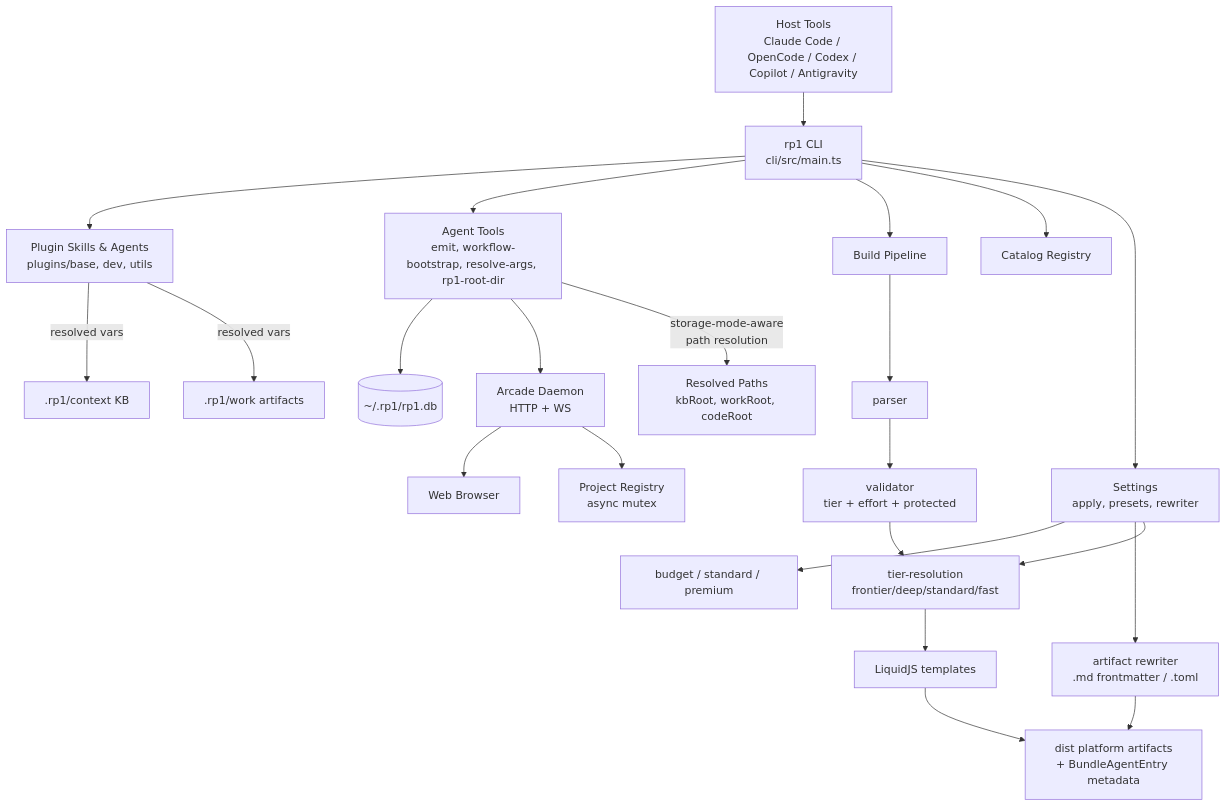
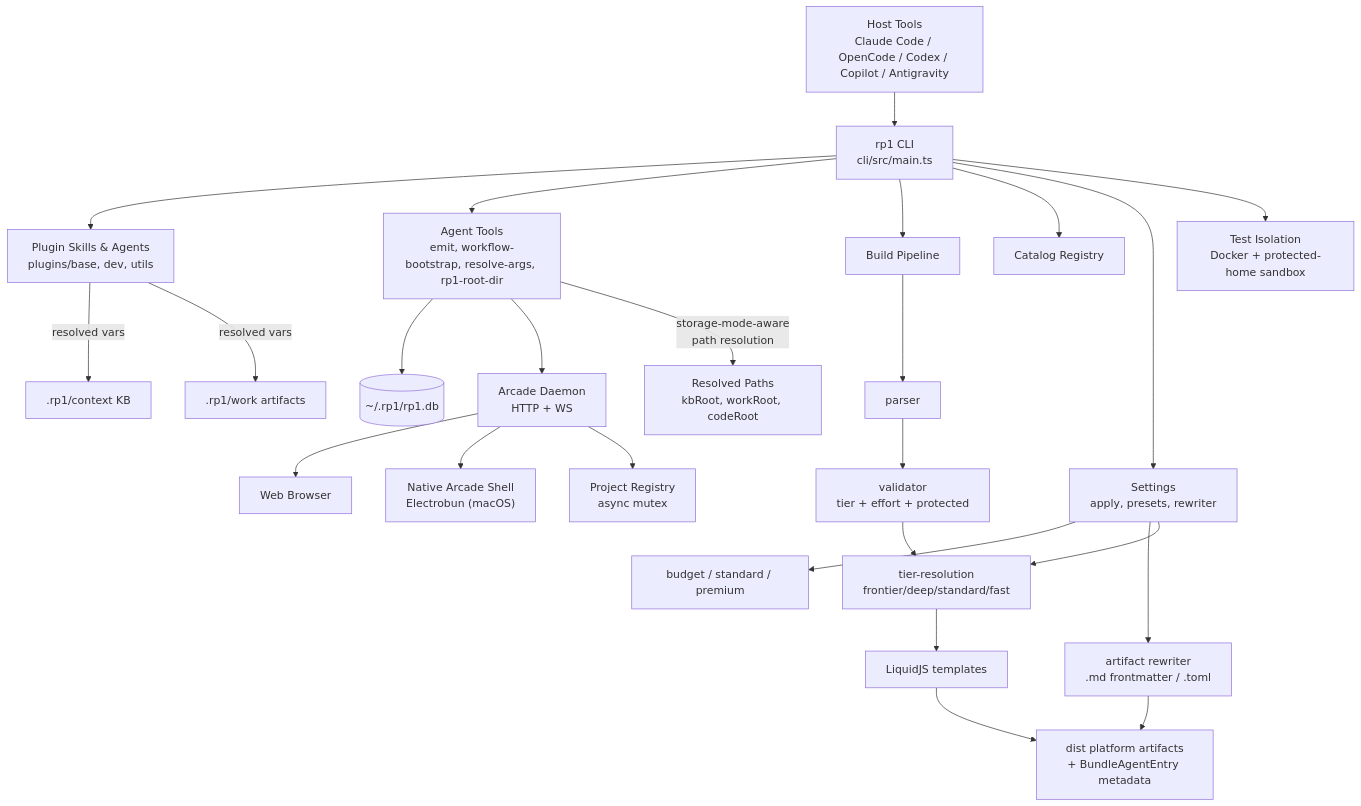
Before and after one commit to rp1-run/rp1: the diagram in .rp1/context/architecture.md, drawn with Mermaid. The commit also changed other lines of this file and 15 other files, not shown here.

````diff
--- a/.rp1/context/architecture.md
+++ b/.rp1/context/architecture.md
@@ -11,25 +11,27 @@
 ```mermaid
 flowchart TB
     Host["Host Tools<br/>Claude Code / OpenCode / Codex / Copilot / Antigravity"] --> CLI["rp1 CLI<br/>cli/src/main.ts"]
     CLI --> Skills["Plugin Skills & Agents<br/>plugins/base, dev, utils"]
     CLI --> AgentTools["Agent Tools<br/>emit, workflow-bootstrap, resolve-args, rp1-root-dir"]
     CLI --> Build["Build Pipeline"]
     CLI --> Catalog["Catalog Registry"]
     CLI --> Settings["Settings<br/>apply, presets, rewriter"]
+    CLI --> TestBoundary["Test Isolation<br/>Docker + protected-home sandbox"]
     AgentTools --> EventDB[("~/.rp1/rp1.db")]
     AgentTools --> Daemon["Arcade Daemon<br/>HTTP + WS"]
     Daemon --> Browser["Web Browser"]
+    Daemon --> NativeApp["Native Arcade Shell<br/>Electrobun (macOS)"]
     Daemon --> Registry["Project Registry<br/>async mutex"]
     AgentTools -->|"storage-mode-aware<br/>path resolution"| PathRes["Resolved Paths<br/>kbRoot, workRoot, codeRoot"]
     Skills -->|"resolved vars"| KB[".rp1/context KB"]
     Skills -->|"resolved vars"| Work[".rp1/work artifacts"]
     Build --> Parse["parser"]
     Parse --> Validate["validator<br/>tier + effort + protected"]
     Validate --> TierRes["tier-resolution<br/>frontier/deep/standard/fast"]
     TierRes --> Render["LiquidJS templates"]
     Render --> Artifacts["dist platform artifacts<br/>+ BundleAgentEntry metadata"]
     Settings --> Presets["budget / standard / premium"]
     Settings --> Rewriter["artifact rewriter<br/>.md frontmatter / .toml"]
     Settings --> TierRes
     Rewriter --> Artifacts
 ```
````
